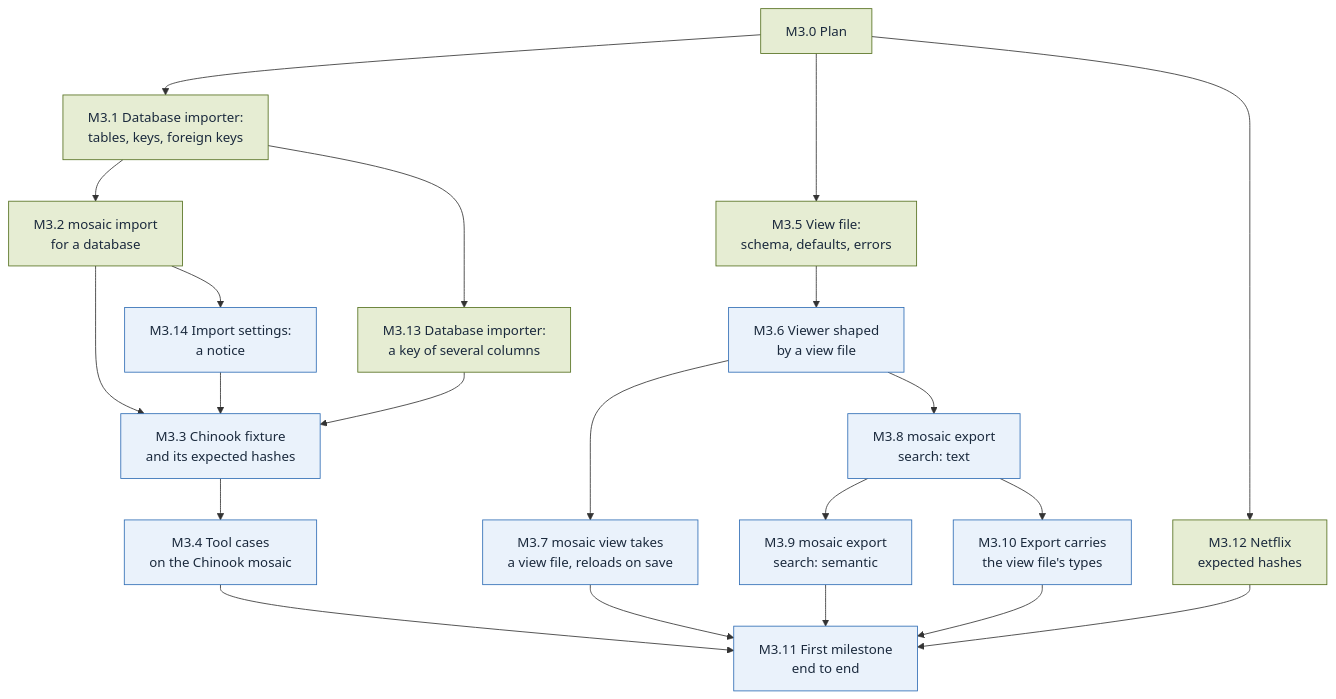
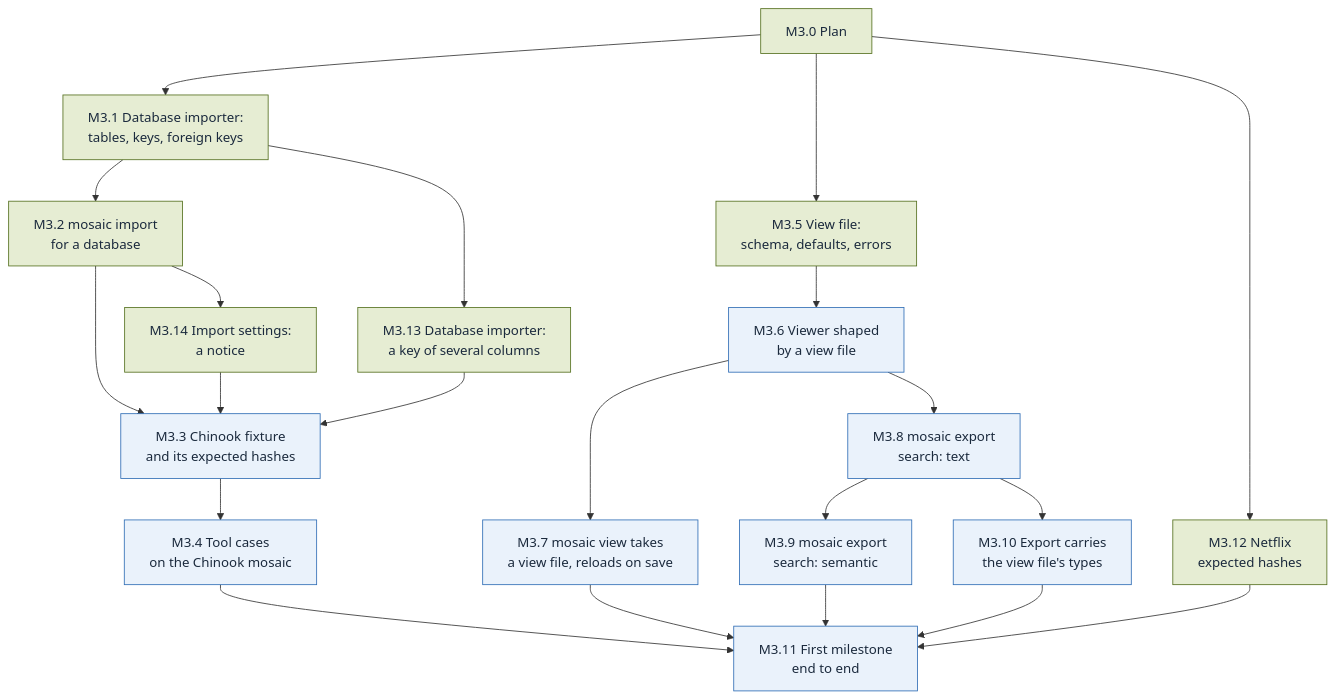
Before and after one commit to alcjor/Mosaic: the diagram in plan/M3.md, drawn with Mermaid. The commit also changed other lines of this file, not shown here.

First line of the commit message:
M3.14 plan: M3.14 done (#129)

````diff
--- a/plan/M3.md
+++ b/plan/M3.md
@@ -3,74 +3,74 @@
 ```mermaid
 flowchart TD
   classDef done fill:#E6EDD3,stroke:#55701F,color:#1B2A3D
   classDef todo fill:#EAF2FB,stroke:#2F6DB5,color:#1B2A3D
   classDef parked fill:#FCEFCF,stroke:#F2B630,color:#1B2A3D
   %% One block per slice: its node, then its status (done, todo or parked).
   %% Blank lines keep each status line apart, so two PRs marking two slices merge cleanly.
 
   M3_0["M3.0 Plan"]
   class M3_0 done
 
   M3_1["M3.1 Database importer:<br/>tables, keys, foreign keys"]
   class M3_1 done
 
   M3_2["M3.2 mosaic import<br/>for a database"]
   class M3_2 done
 
   M3_3["M3.3 Chinook fixture<br/>and its expected hashes"]
   class M3_3 todo
 
   M3_4["M3.4 Tool cases<br/>on the Chinook mosaic"]
   class M3_4 todo
 
   M3_5["M3.5 View file:<br/>schema, defaults, errors"]
   class M3_5 done
 
   M3_6["M3.6 Viewer shaped<br/>by a view file"]
   class M3_6 todo
 
   M3_7["M3.7 mosaic view takes<br/>a view file, reloads on save"]
   class M3_7 todo
 
   M3_8["M3.8 mosaic export<br/>search: text"]
   class M3_8 todo
 
   M3_9["M3.9 mosaic export<br/>search: semantic"]
   class M3_9 todo
 
   M3_10["M3.10 Export carries<br/>the view file's types"]
   class M3_10 todo
 
   M3_11["M3.11 First milestone<br/>end to end"]
   class M3_11 todo
 
   M3_12["M3.12 Netflix<br/>expected hashes"]
   class M3_12 done
 
   M3_13["M3.13 Database importer:<br/>a key of several columns"]
   class M3_13 done
 
   M3_14["M3.14 Import settings:<br/>a notice"]
-  class M3_14 todo
+  class M3_14 done
 
   M3_0 --> M3_1
   M3_1 --> M3_2
   M3_2 --> M3_3
   M3_3 --> M3_4
   M3_0 --> M3_5
   M3_5 --> M3_6
   M3_6 --> M3_7
   M3_6 --> M3_8
   M3_8 --> M3_9
   M3_8 --> M3_10
   M3_4 --> M3_11
   M3_7 --> M3_11
   M3_9 --> M3_11
   M3_10 --> M3_11
   M3_0 --> M3_12
   M3_12 --> M3_11
   M3_1 --> M3_13
   M3_13 --> M3_3
   M3_2 --> M3_14
   M3_14 --> M3_3
 ```
````
